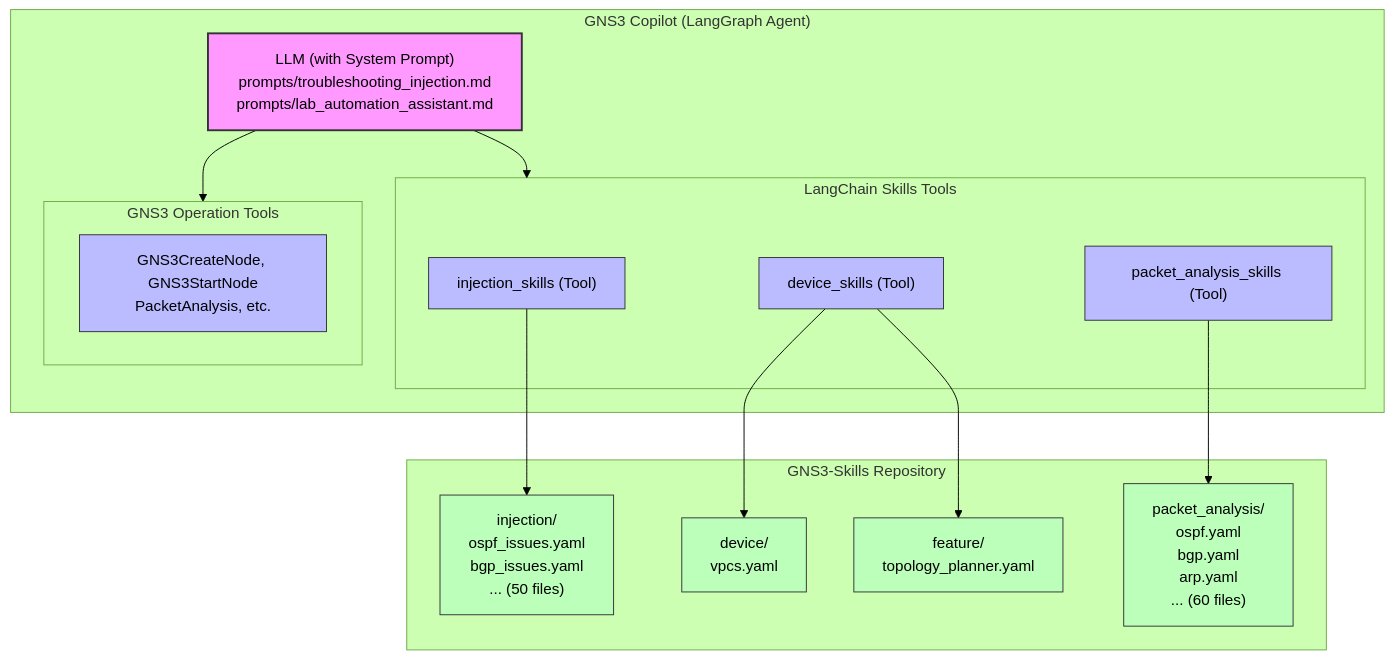
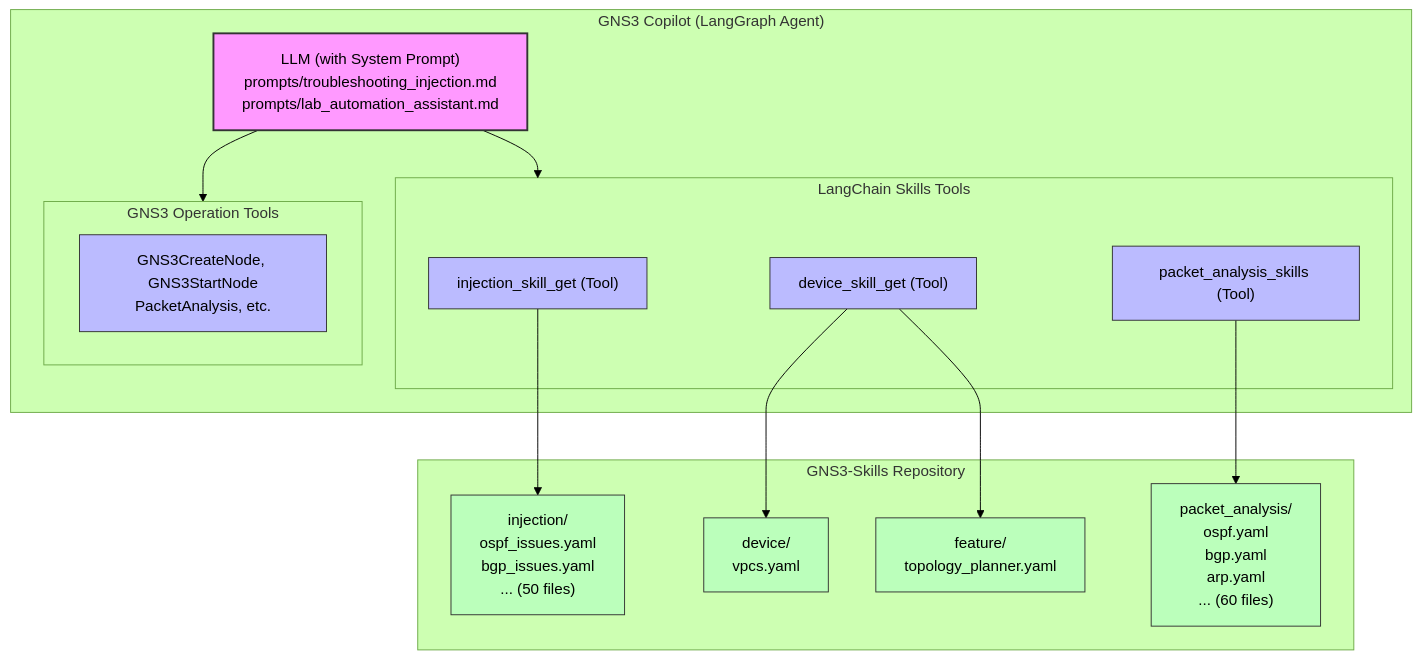
One commit to GNS3/gns3-skills changed the diagram in README.md. Above: the diagram before and after it, drawn with Mermaid (forest theme). The commit also changed other lines of this file and 5 other files, not shown here.

````diff
--- a/README.md
+++ b/README.md
@@ -67,39 +67,39 @@
 ```mermaid
 graph TB
     subgraph GNS3_Copilot["GNS3 Copilot (LangGraph Agent)"]
         LLM["LLM (with System Prompt)<br/>prompts/troubleshooting_injection.md<br/>prompts/lab_automation_assistant.md"]
 
         subgraph Skills_Tools["LangChain Skills Tools"]
-            Injection_Tools["injection_skills (Tool)"]
-            Device_Tools["device_skills (Tool)"]
+            Injection_Tools["injection_skill_get (Tool)"]
+            Device_Tools["device_skill_get (Tool)"]
             Packet_Tools["packet_analysis_skills (Tool)"]
         end
 
         subgraph GNS3_Tools["GNS3 Operation Tools"]
             GNS3_Ops["GNS3CreateNode, GNS3StartNode<br/>PacketAnalysis, etc."]
         end
 
         LLM --> Skills_Tools
         LLM --> GNS3_Tools
     end
 
     subgraph Skills_Repo["GNS3-Skills Repository"]
         Injection_Files["injection/<br/>ospf_issues.yaml<br/>bgp_issues.yaml<br/>... (50 files)"]
         Device_Files["device/<br/>vpcs.yaml"]
         Feature_Files["feature/<br/>topology_planner.yaml"]
         Packet_Files["packet_analysis/<br/>ospf.yaml<br/>bgp.yaml<br/>arp.yaml<br/>... (60 files)"]
     end
 
     Injection_Tools --> Injection_Files
     Device_Tools --> Device_Files
     Device_Tools --> Feature_Files
     Packet_Tools --> Packet_Files
 
     classDef llmStyle fill:#f9f,stroke:#333,stroke-width:2px
     classDef toolsStyle fill:#bbf,stroke:#333,stroke-width:1px
     classDef repoStyle fill:#bfb,stroke:#333,stroke-width:1px
 
     class LLM llmStyle
     class Injection_Tools,Device_Tools,Packet_Tools,GNS3_Ops toolsStyle
     class Injection_Files,Device_Files,Feature_Files,Packet_Files repoStyle
 ```
````
